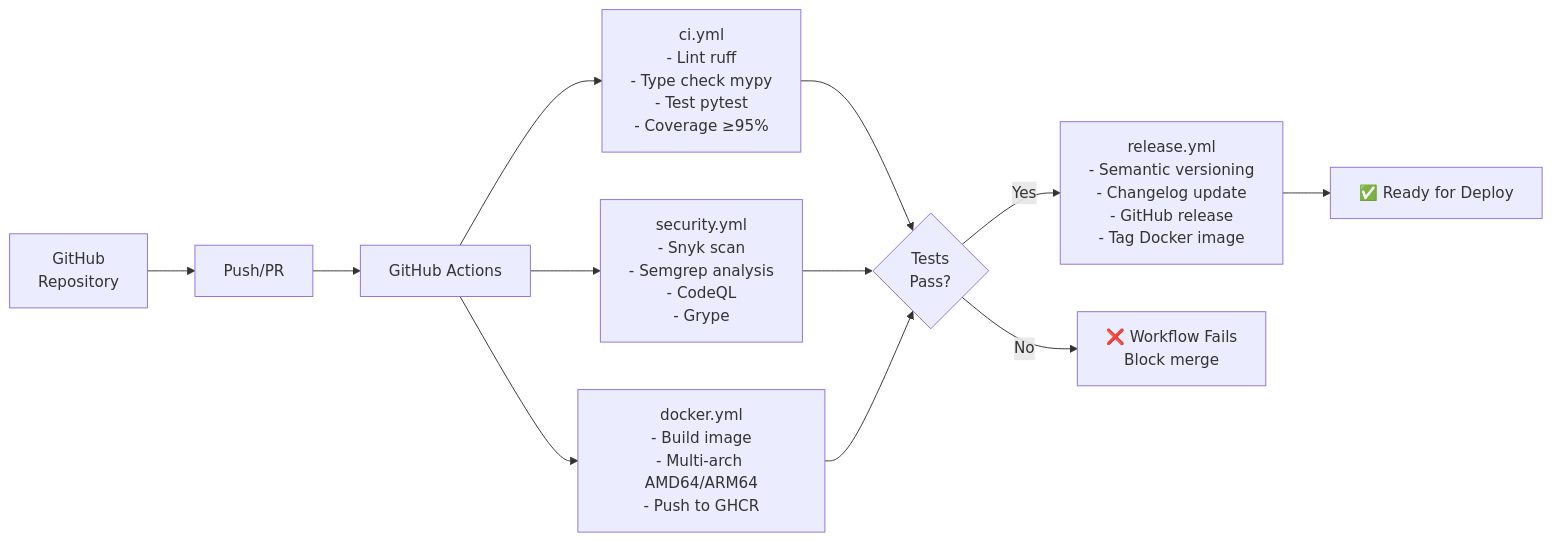
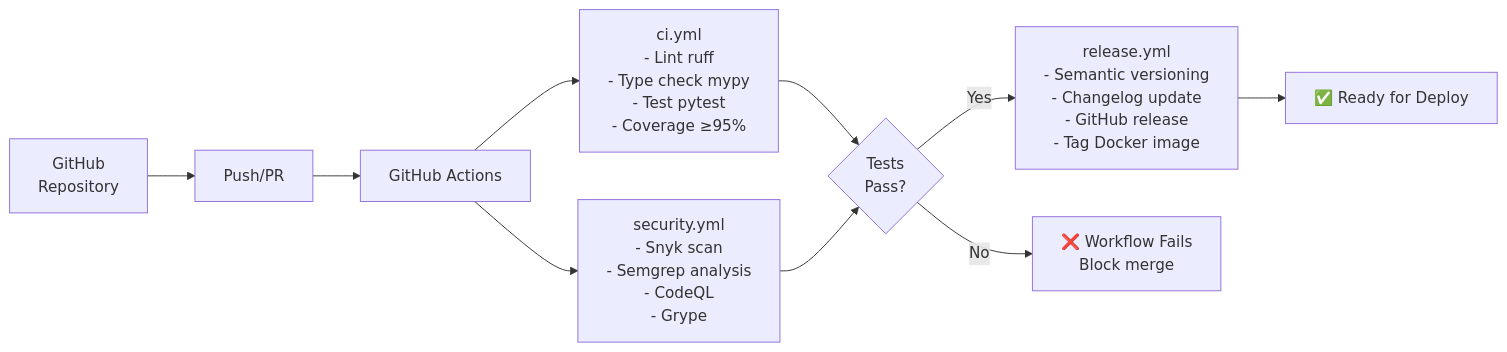
Before and after one commit to djr747/external-dns-technitium-webhook: the eighth of 10 diagrams in docs/architecture/ARCHITECTURE.md, drawn with Mermaid. The commit also changed other lines of this file and 27 other files, not shown here.

````diff
--- a/docs/architecture/ARCHITECTURE.md
+++ b/docs/architecture/ARCHITECTURE.md
@@ -328,18 +328,16 @@
 ```mermaid
 graph LR
     Repo["GitHub<br/>Repository"] --> Push["Push/PR"]
     Push --> Actions["GitHub Actions"]
     
     Actions --> CI["ci.yml<br/>- Lint ruff<br/>- Type check mypy<br/>- Test pytest<br/>- Coverage ≥95%"]
     Actions --> Security["security.yml<br/>- Snyk scan<br/>- Semgrep analysis<br/>- CodeQL<br/>- Grype"]
-    Actions --> Docker["docker.yml<br/>- Build image<br/>- Multi-arch AMD64/ARM64<br/>- Push to GHCR"]
     
     CI --> Test{Tests<br/>Pass?}
     Security --> Test
-    Docker --> Test
     
     Test -->|Yes| Release["release.yml<br/>- Semantic versioning<br/>- Changelog update<br/>- GitHub release<br/>- Tag Docker image"]
     Test -->|No| Fail["❌ Workflow Fails<br/>Block merge"]
     
     Release --> Deploy["✅ Ready for Deploy"]
 ```
````
